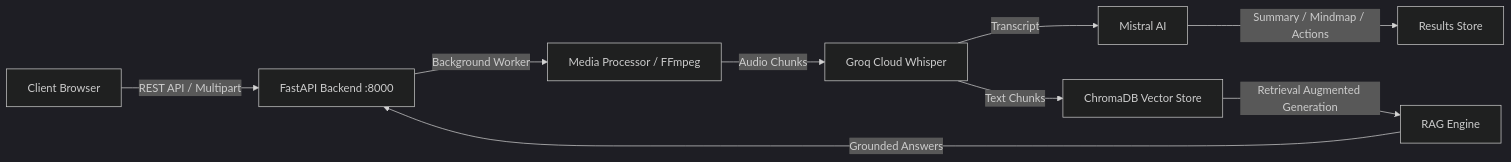
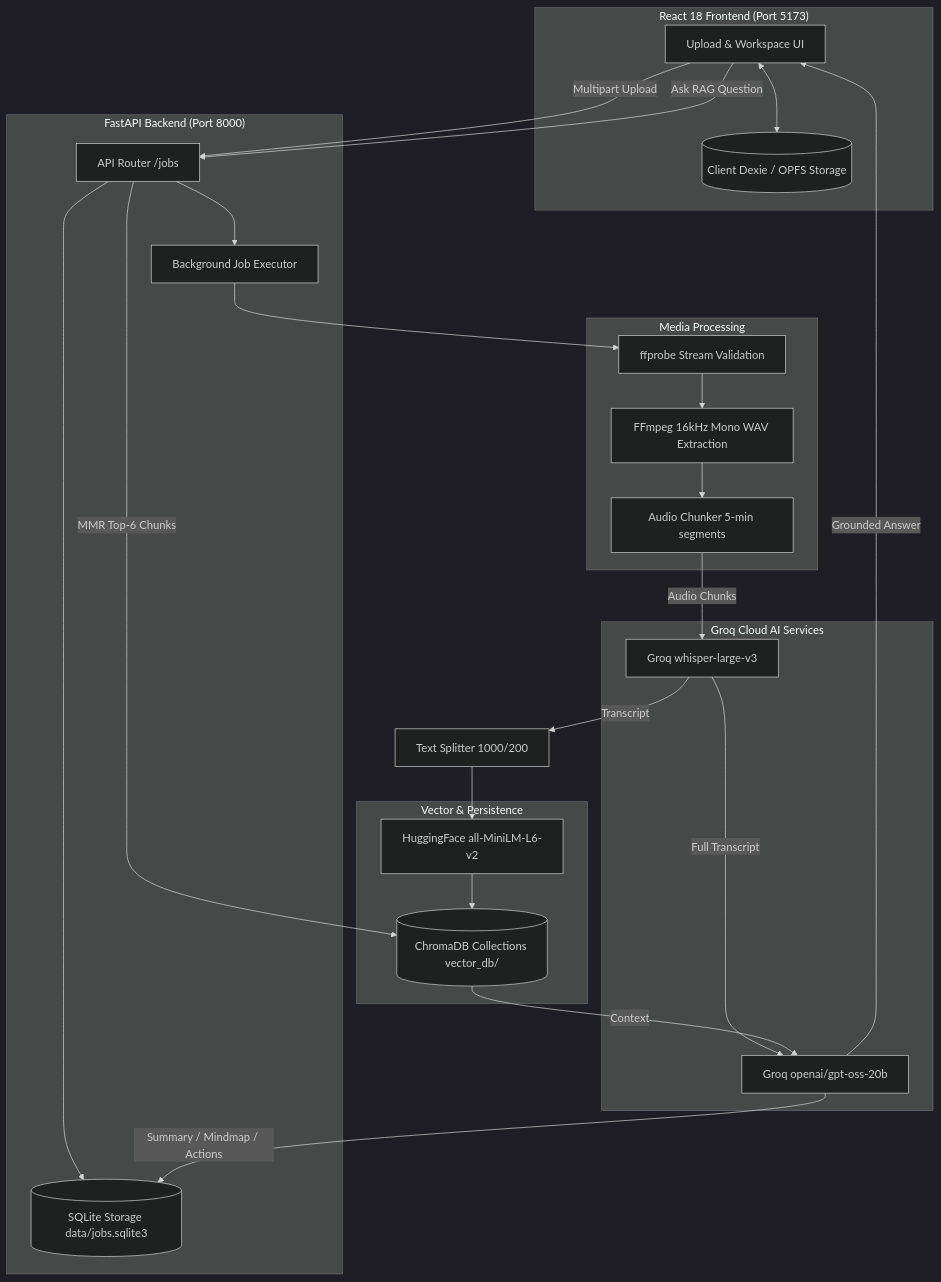
Before and after one commit to Raghavaggarwal2/VoxoraAI: the diagram in README.md, drawn with Mermaid (dark theme). The commit also changed other lines of this file and 94 other files, not shown here.

Commit message:
feat: complete Voxora AI web platform with React frontend, FastAPI backend, optimized RAG pipeline, and dual-account Groq architecture

````diff
--- a/README.md
+++ b/README.md
@@ -26,11 +62,43 @@
 ```mermaid
-flowchart LR
-    A[Client Browser] -->|REST API / Multipart| B[FastAPI Backend :8000]
-    B -->|Background Worker| C[Media Processor / FFmpeg]
-    C -->|Audio Chunks| D[Groq Cloud Whisper]
-    D -->|Transcript| E[Mistral AI]
-    D -->|Text Chunks| F[ChromaDB Vector Store]
-    E -->|Summary / Mindmap / Actions| G[Results Store]
-    F -->|Retrieval Augmented Generation| H[RAG Engine]
-    H -->|Grounded Answers| B
+flowchart TD
+    subgraph Frontend["React 18 Frontend (Port 5173)"]
+        UI[Upload & Workspace UI]
+        DexieDB[(Client Dexie / OPFS Storage)]
+        UI <--> DexieDB
+    end
+
+    subgraph Backend["FastAPI Backend (Port 8000)"]
+        API[API Router /jobs]
+        JobStore[(SQLite Storage data/jobs.sqlite3)]
+        Worker[Background Job Executor]
+        API --> JobStore
+        API --> Worker
+    end
+
+    subgraph MediaPipeline["Media Processing"]
+        FFprobe[ffprobe Stream Validation]
+        FFmpeg[FFmpeg 16kHz Mono WAV Extraction]
+        Chunker[Audio Chunker 5-min segments]
+    end
+
+    subgraph AIProviders["Groq Cloud AI Services"]
+        Whisper[Groq whisper-large-v3]
+        LLM[Groq openai/gpt-oss-20b]
+    end
+
+    subgraph Storage["Vector & Persistence"]
+        Chroma[(ChromaDB Collections vector_db/)]
+        Embeddings[HuggingFace all-MiniLM-L6-v2]
+    end
+
+    UI -->|Multipart Upload| API
+    Worker --> FFprobe --> FFmpeg --> Chunker
+    Chunker -->|Audio Chunks| Whisper
+    Whisper -->|Full Transcript| LLM
+    Whisper -->|Transcript| ChunkerText[Text Splitter 1000/200]
+    ChunkerText --> Embeddings --> Chroma
+    LLM -->|Summary / Mindmap / Actions| JobStore
+    UI -->|Ask RAG Question| API
+    API -->|MMR Top-6 Chunks| Chroma
+    Chroma -->|Context| LLM -->|Grounded Answer| UI
 ```
````
